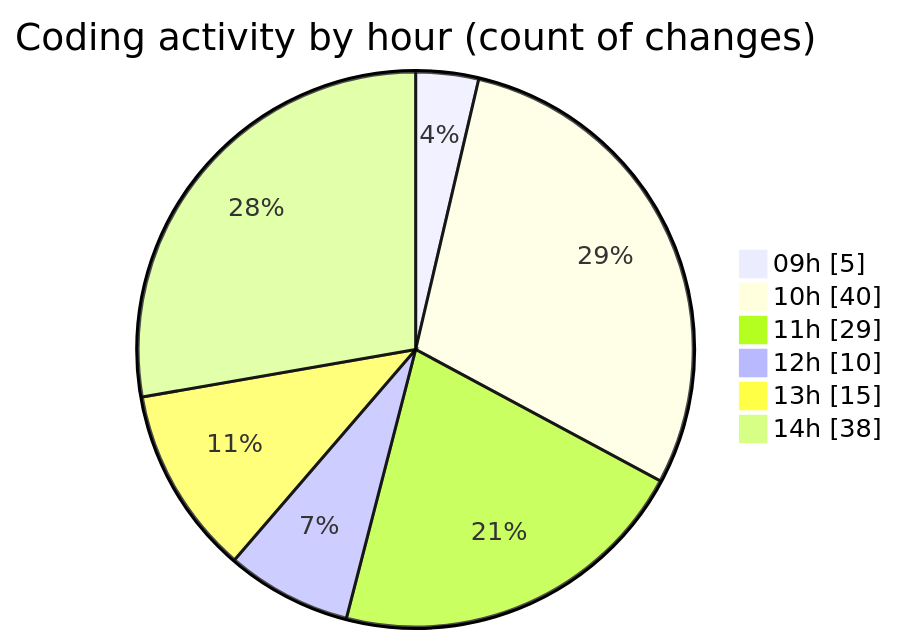
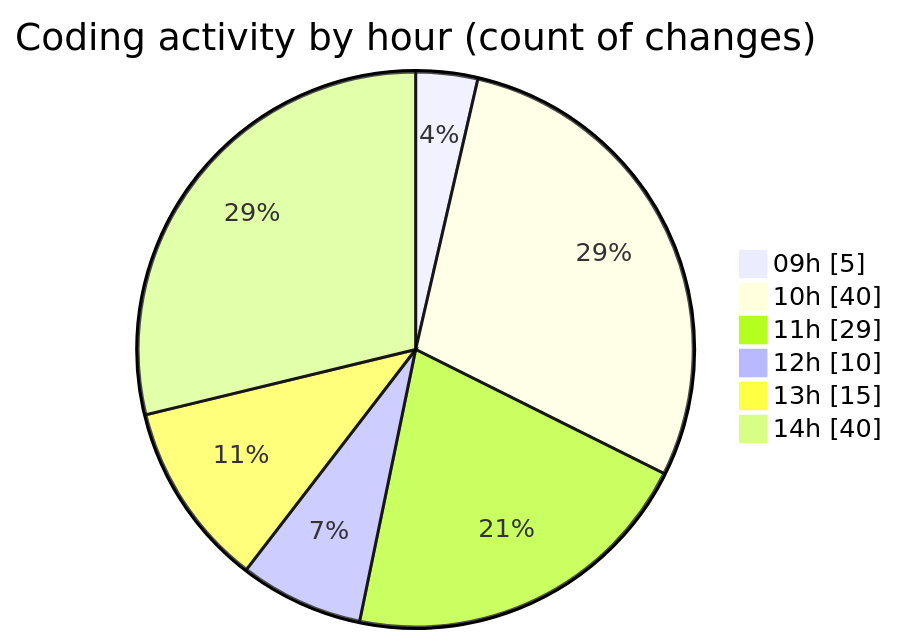
Before and after one commit to CELIANVF/code-tracking: the second of 2 diagrams in 2025-06-02/ecodeli-1/README.md, drawn with Mermaid. The commit also changed other lines of this file and 1 other file, not shown here.

````diff
--- a/2025-06-02/ecodeli-1/README.md
+++ b/2025-06-02/ecodeli-1/README.md
@@ -90,10 +91,10 @@
 ```mermaid
 pie showData
 title Coding activity by hour (count of changes)
 "09h" : 5
 "10h" : 40
 "11h" : 29
 "12h" : 10
 "13h" : 15
-"14h" : 38
+"14h" : 40
 ```
````
